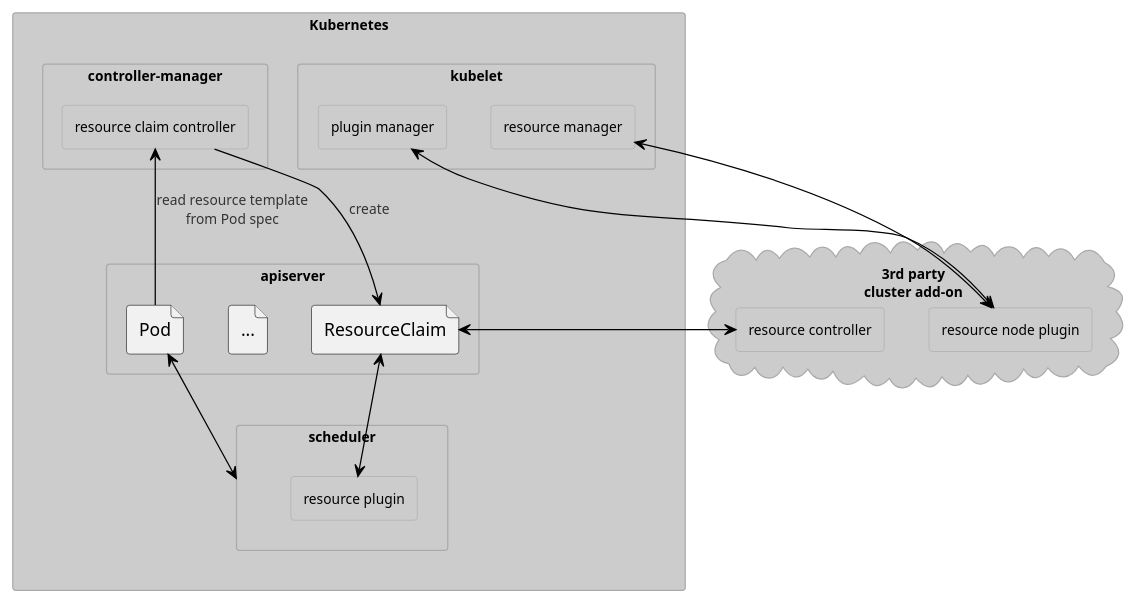
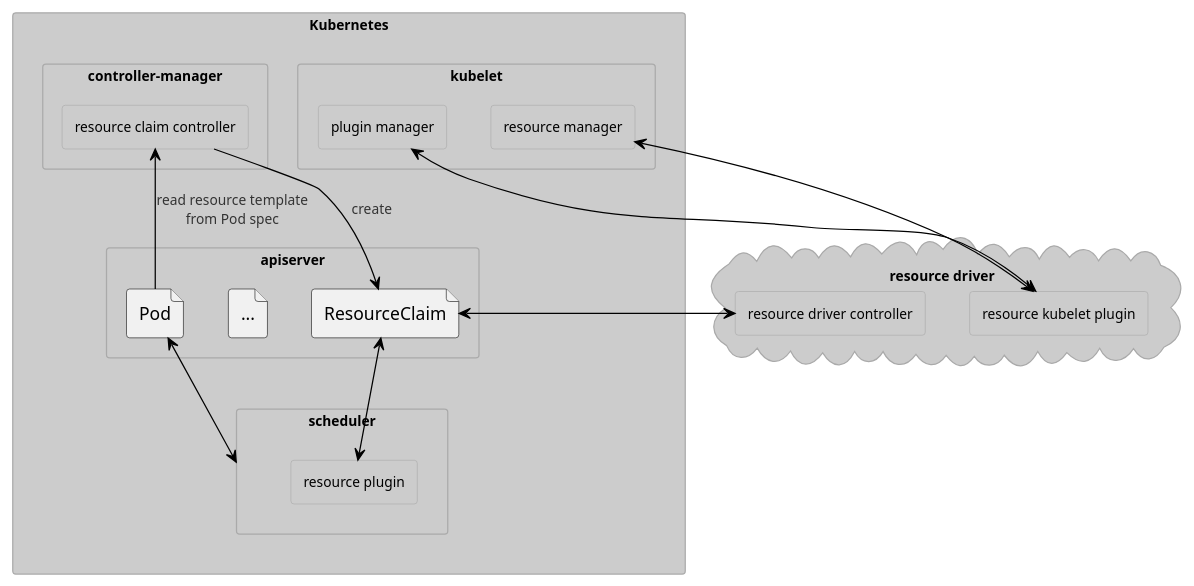
One commit to kubernetes/enhancements changed the diagram in keps/sig-node/3063-dynamic-resource-allocation/components.puml. Above: the diagram before and after it, drawn with PlantUML. The commit also changed 4 other files, not shown here.

Commit message:
dynamic resource allocation: rename "resource plugin" -> "resource driver"

```diff
--- a/keps/sig-node/3063-dynamic-resource-allocation/components.puml
+++ b/keps/sig-node/3063-dynamic-resource-allocation/components.puml
@@ -1,41 +1,41 @@
 @startuml
 !theme reddress-lightblue
 skinparam componentStyle rectangle
 
-cloud "3rd party\ncluster add-on" as 3rdparty {
-  component "resource controller" as vendorcontroller
-  component "resource node plugin" as vendornodeplugin
+cloud "resource driver" {
+  component "resource driver controller" as drivercontroller
+  component "resource kubelet plugin" as driverplugin
 }
 
 component Kubernetes {
   component apiserver {
       file Pod
       file "..." as otherapi
       file ResourceClaim
   }
   component scheduler {
     component "resource plugin" as k8sresourceplugin
   }
   component "controller-manager" as controllermanager {
     component "resource claim controller" as k8sresourceclaimcontroller
   }
   component kubelet {
     component "plugin manager" as pluginmanager
     component "resource manager" as resourcemanager
   }
 }
 
-vendorcontroller -[hidden]> vendornodeplugin
+drivercontroller -[hidden]> driverplugin
 Pod -[hidden]> otherapi
 otherapi -[hidden]> ResourceClaim
 
 Pod -u-> k8sresourceclaimcontroller: read resource template\nfrom Pod spec
 ResourceClaim <-u- k8sresourceclaimcontroller: create
 
 Pod <--> scheduler
 ResourceClaim <--> k8sresourceplugin
 
-ResourceClaim <-> vendorcontroller
-pluginmanager <-> vendornodeplugin
-resourcemanager <-> vendornodeplugin
+ResourceClaim <-> drivercontroller
+pluginmanager <-> driverplugin
+resourcemanager <-> driverplugin
 @enduml
```
